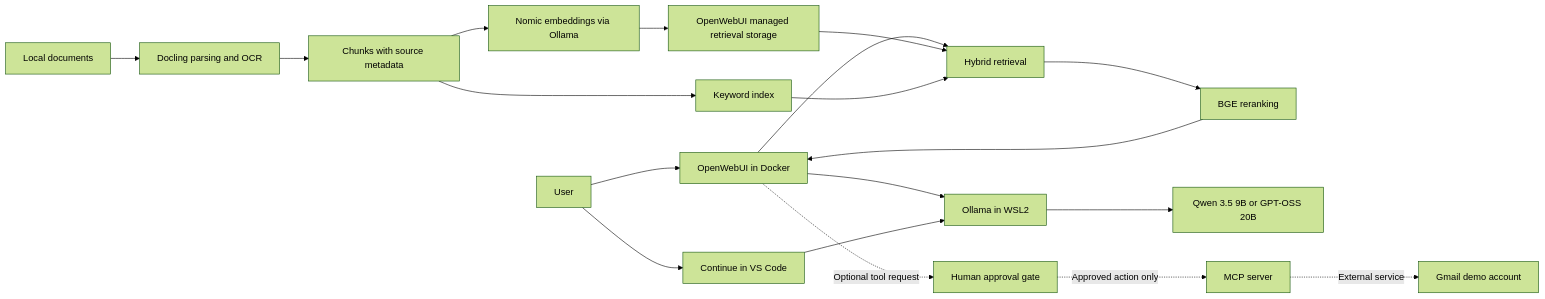
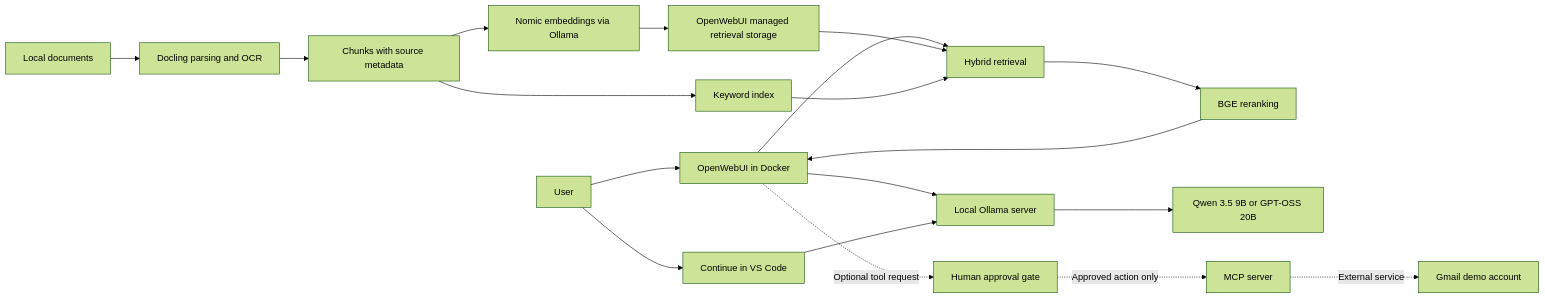
One commit to temii70/LocalRagAgent changed the diagram in README.md. Above: the diagram before and after it, drawn with Mermaid (forest theme). The commit also changed other lines of this file, not shown here.

````diff
--- a/README.md
+++ b/README.md
@@ -43,21 +45,21 @@
 ```mermaid
 flowchart LR
     User[User] --> UI[OpenWebUI in Docker]
     User --> IDE[Continue in VS Code]
     Docs[Local documents] --> Parse[Docling parsing and OCR]
     Parse --> Chunks[Chunks with source metadata]
     Chunks --> Embed[Nomic embeddings via Ollama]
     Embed --> Store[OpenWebUI managed retrieval storage]
     Chunks --> Keywords[Keyword index]
     UI --> Hybrid[Hybrid retrieval]
     Store --> Hybrid
     Keywords --> Hybrid
     Hybrid --> Rank[BGE reranking]
     Rank --> UI
-    UI --> Ollama[Ollama in WSL2]
+    UI --> Ollama[Local Ollama server]
     IDE --> Ollama
     Ollama --> Models[Qwen 3.5 9B or GPT-OSS 20B]
     UI -. Optional tool request .-> Gate[Human approval gate]
     Gate -. Approved action only .-> MCP[MCP server]
     MCP -. External service .-> Gmail[Gmail demo account]
 ```
````
